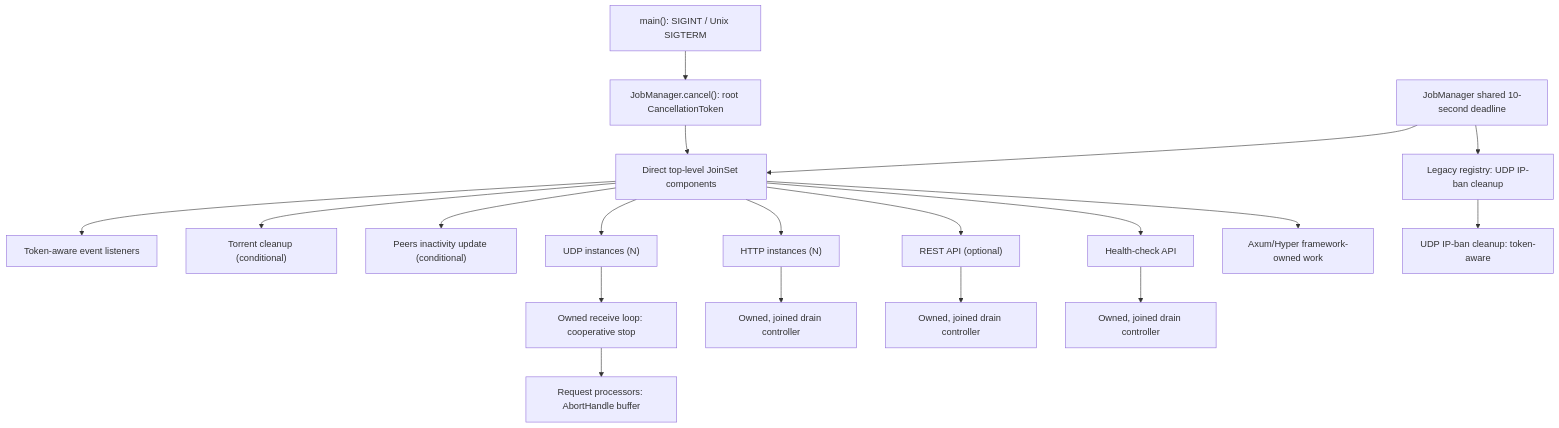
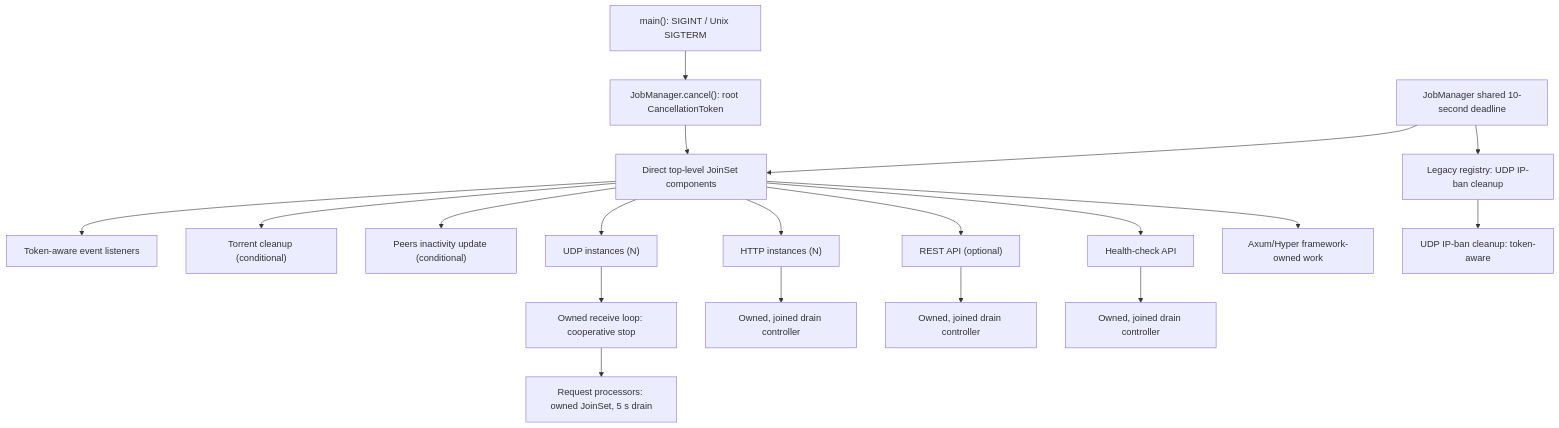
Before and after one commit to torrust/torrust-tracker: the diagram in docs/features/shutdown-process/task-inventory.md, drawn with Mermaid. The commit also changed other lines of this file and 2 other files, not shown here.

First line of the commit message:
docs(shutdown): [#2370] document owned and drained UDP request processors

````diff
--- a/docs/features/shutdown-process/task-inventory.md
+++ b/docs/features/shutdown-process/task-inventory.md
@@ -69,21 +69,21 @@
 ```mermaid
 flowchart TD
     main["main(): SIGINT / Unix SIGTERM"] --> cancel["JobManager.cancel(): root CancellationToken"]
     cancel --> direct["Direct top-level JoinSet components"]
     direct --> listeners["Token-aware event listeners"]
     direct --> cleanup["Torrent cleanup (conditional)"]
     direct --> inactivity["Peers inactivity update (conditional)"]
     direct --> udp["UDP instances (N)"]
     udp --> udpLoop["Owned receive loop: cooperative stop"]
-    udpLoop --> udpRequests["Request processors: AbortHandle buffer"]
+    udpLoop --> udpRequests["Request processors: owned JoinSet, 5 s drain"]
     direct --> http["HTTP instances (N)"]
     http --> httpController["Owned, joined drain controller"]
     direct --> rest["REST API (optional)"]
     rest --> restController["Owned, joined drain controller"]
     direct --> health["Health-check API"]
     health --> healthController["Owned, joined drain controller"]
     direct --> framework["Axum/Hyper framework-owned work"]
     manager["JobManager shared 10-second deadline"] --> direct
     manager --> legacy["Legacy registry: UDP IP-ban cleanup"]
     legacy --> ban["UDP IP-ban cleanup: token-aware"]
 ```
````
